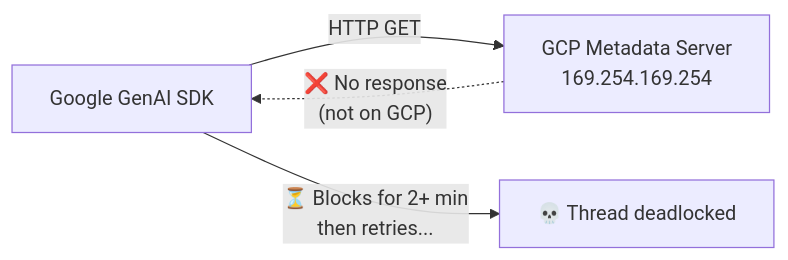
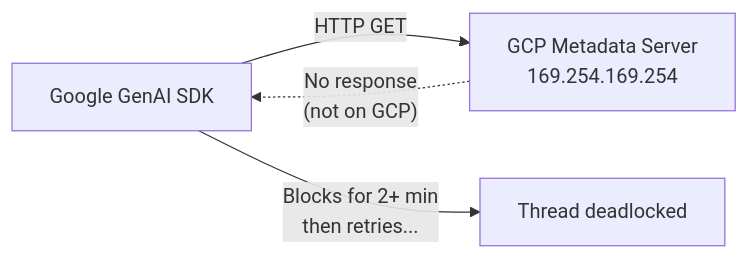
Before and after one commit to mujeebmasi/redis-rag: the sixth of 7 diagrams in README.md, drawn with Mermaid. The commit also changed other lines of this file, not shown here.

````diff
--- a/README.md
+++ b/README.md
@@ -402,6 +402,6 @@
 ```mermaid
 graph LR
     SDK["Google GenAI SDK"] -->|"HTTP GET"| Meta["GCP Metadata Server<br/>169.254.169.254"]
-    Meta -.->|"❌ No response<br/>(not on GCP)"| SDK
-    SDK -->|"⏳ Blocks for 2+ min<br/>then retries..."| Dead["💀 Thread deadlocked"]
+    Meta -.->|"No response<br/>(not on GCP)"| SDK
+    SDK -->|"Blocks for 2+ min<br/>then retries..."| Dead["Thread deadlocked"]
 ```
````
